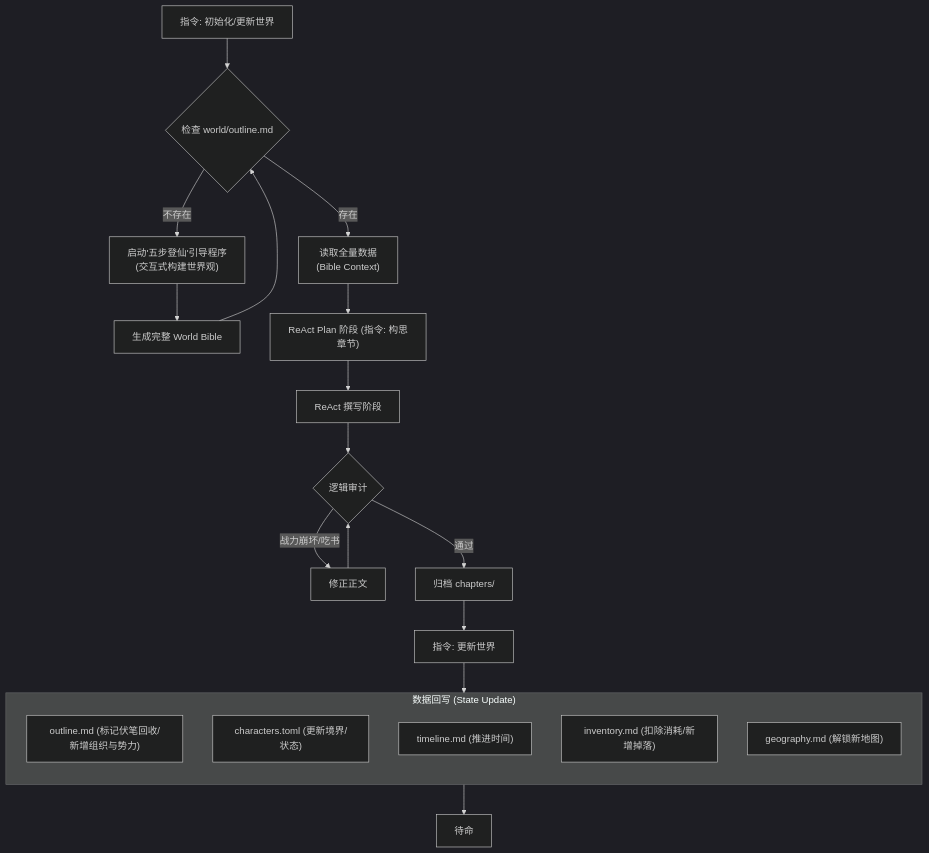
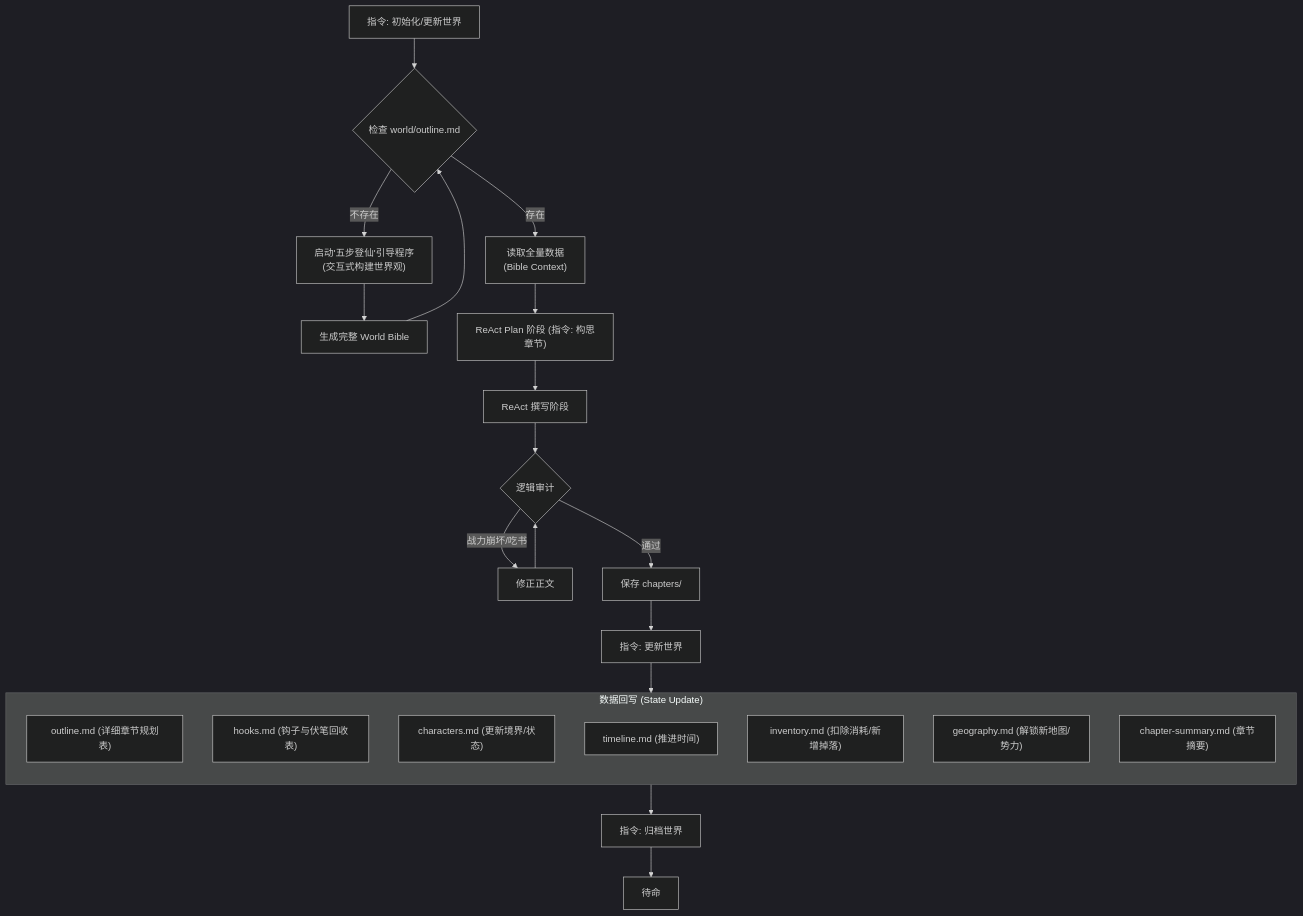
The diagram in AGENTS.md (tiger-yi/novel-assistant), drawn with Mermaid (dark theme) before and after one commit. The commit also changed other lines of this file and 26 other files, not shown here.

````diff
--- a/AGENTS.md
+++ b/AGENTS.md
@@ -48,32 +50,35 @@
 ```mermaid
 flowchart TD
     Start["指令: 初始化/更新世界"] --> CheckOutline{"检查 world/outline.md"}
 
     CheckOutline -->|"不存在"| Genesis["启动'五步登仙'引导程序\n(交互式构建世界观)"]
     Genesis --> GenerateBible["生成完整 World Bible"]
     GenerateBible --> CheckOutline
 
     CheckOutline -->|"存在"| Read["读取全量数据\n(Bible Context)"]
 
     Read --> Plan["ReAct Plan 阶段 (指令: 构思章节)"]
     Plan --> Draft["ReAct 撰写阶段"]
     Draft --> Verify{"逻辑审计"}
     
     Verify -->|"战力崩坏/吃书"| Fix["修正正文"]
     Fix --> Verify
     
-    Verify -->|"通过"| Publish["归档 chapters/"]
+    Verify -->|"通过"| Publish["保存 chapters/"]
     Publish --> Update["指令: 更新世界"]
     
     subgraph UpdateBible ["数据回写 (State Update)"]
         direction TB
-        U1["outline.md (标记伏笔回收/新增组织与势力)"]
-        U2["characters.toml (更新境界/状态)"]
-        U3["timeline.md (推进时间)"]
-        U4["inventory.md (扣除消耗/新增掉落)"]
-        U5["geography.md (解锁新地图)"]
+        U1["outline.md (详细章节规划表)"]
+        U2["hooks.md (钩子与伏笔回收表)"]
+        U3["characters.md (更新境界/状态)"]
+        U4["timeline.md (推进时间)"]
+        U5["inventory.md (扣除消耗/新增掉落)"]
+        U6["geography.md (解锁新地图/势力)"]
+        U7["chapter-summary.md (章节摘要)"]
     end
     
     Update --> UpdateBible
-    UpdateBible --> Finish["待命"]
+    UpdateBible --> Archive["指令: 归档世界"]
+    Archive --> Finish["待命"]
 ```
````
